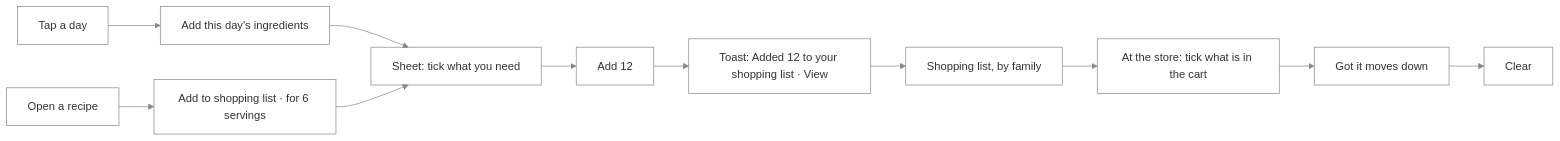
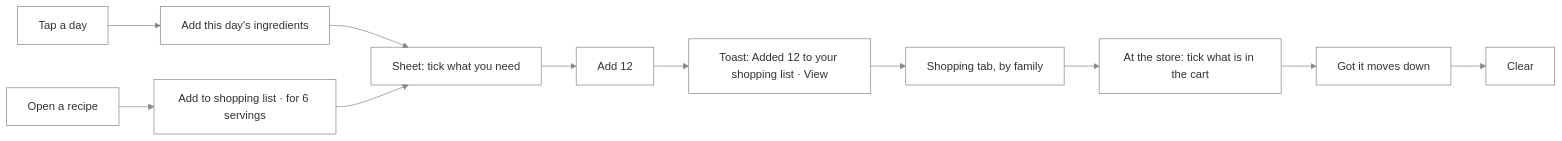
One commit to NovaMoonX/moondreams-dev-apps changed diagram 32 of 36 in src/apps/pinch/UX.md. Above: the diagram before and after it, drawn with Mermaid. The commit also changed other lines of this file and 6 other files, not shown here.

First line of the commit message:
Pinch: shopping tab docs and rules, nav fits 320px (work in progress)

````diff
--- a/src/apps/pinch/UX.md
+++ b/src/apps/pinch/UX.md
@@ -982,8 +986,8 @@
 ```mermaid
 %%{init: {'theme': 'base', 'themeVariables': {'primaryColor': 'transparent', 'clusterBkg': 'transparent', 'primaryBorderColor': '#888888', 'clusterBorder': '#888888', 'lineColor': '#888888', 'primaryTextColor': '#333333'}}}%%
 flowchart LR
     A[Tap a day] --> B["Add this day's ingredients"] --> C["Sheet: tick what you need"] --> D[Add 12]
-    D --> E["Toast: Added 12 to your shopping list · View"] --> F["Shopping list, by family"]
+    D --> E["Toast: Added 12 to your shopping list · View"] --> F["Shopping tab, by family"]
     F --> G["At the store: tick what is in the cart"] --> H["Got it moves down"] --> I[Clear]
     A2[Open a recipe] --> B2["Add to shopping list · for 6 servings"] --> C
 ```
````
